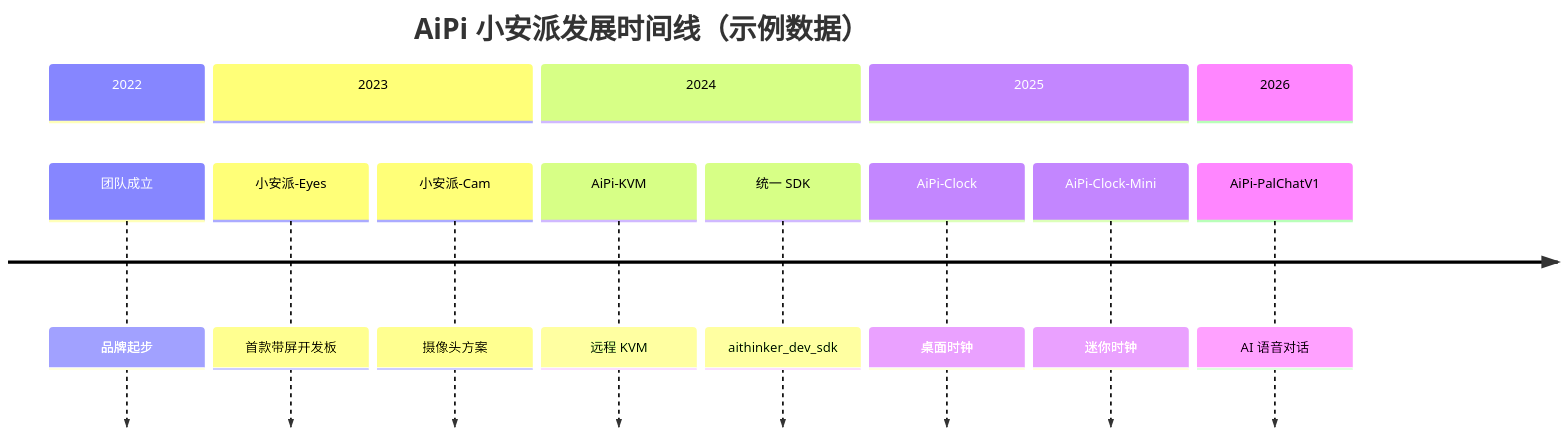
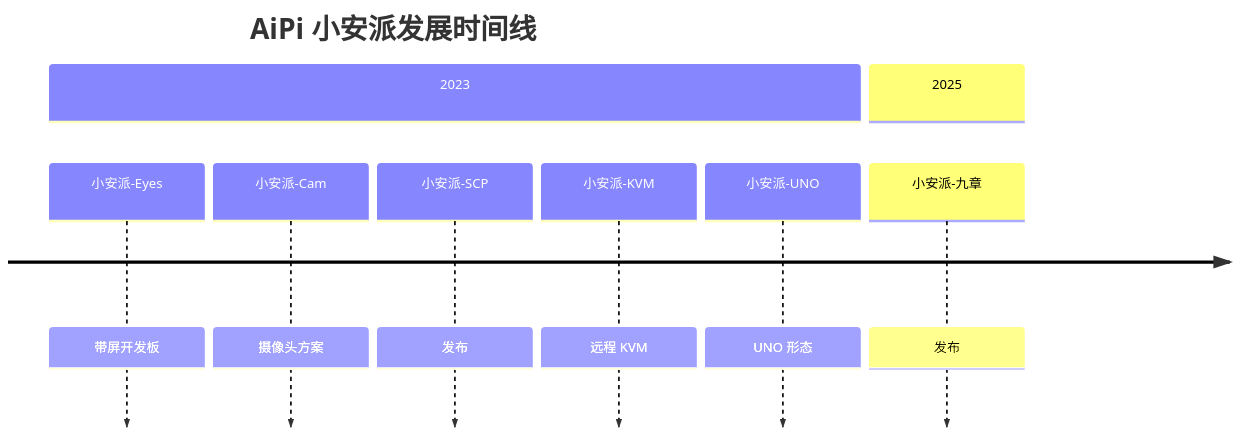
Before and after one commit to Ai-Thinker-AiPi/.github: the diagram in profile/README.md, drawn with Mermaid. The commit also changed other lines of this file, not shown here.

Commit message:
demo: real milestones (2023 five boards, 2025 九章)

````diff
--- a/profile/README.md
+++ b/profile/README.md
@@ -24,17 +24,12 @@
 ```mermaid
 timeline
-    title AiPi 小安派发展时间线（示例数据）
-    section 2022
-        团队成立 : 品牌起步
+    title AiPi 小安派发展时间线
     section 2023
-        小安派-Eyes : 首款带屏开发板
+        小安派-Eyes : 带屏开发板
         小安派-Cam : 摄像头方案
-    section 2024
-        AiPi-KVM : 远程 KVM
-        统一 SDK : aithinker_dev_sdk
+        小安派-SCP : 发布
+        小安派-KVM : 远程 KVM
+        小安派-UNO : UNO 形态
     section 2025
-        AiPi-Clock : 桌面时钟
-        AiPi-Clock-Mini : 迷你时钟
-    section 2026
-        AiPi-PalChatV1 : AI 语音对话
+        小安派-九章 : 发布
 ```
````
